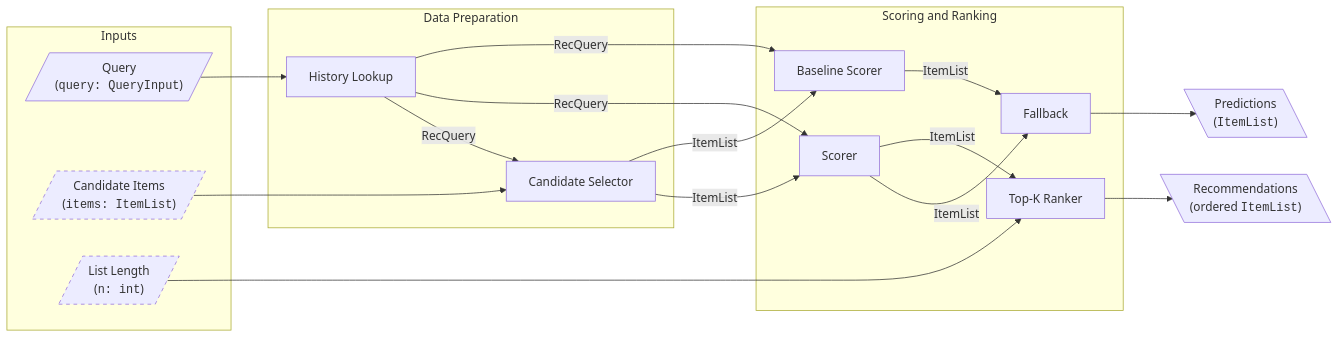
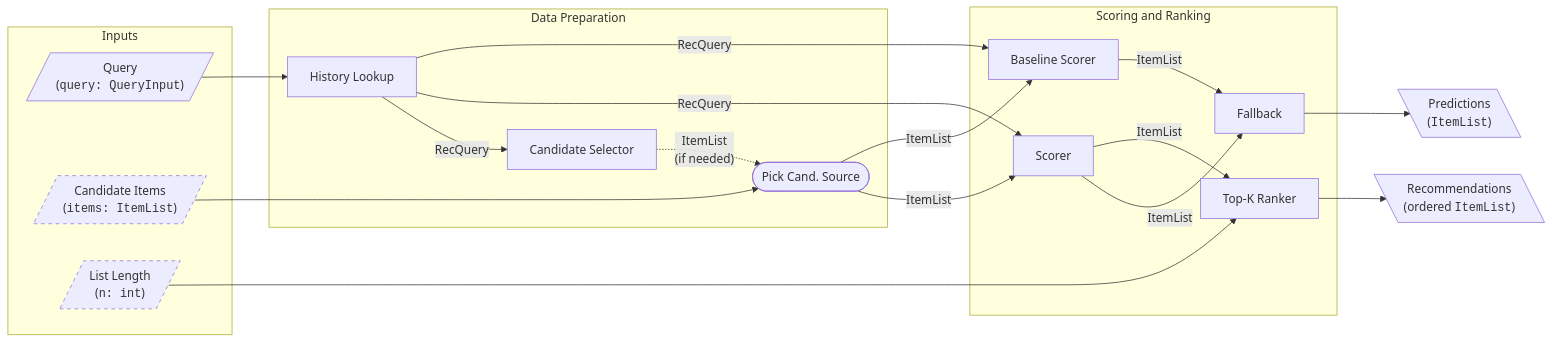
Before and after one commit to lenskit/lkpy: the diagram in docs/guide/std-pred-pipeline.mmd, drawn with Mermaid. The commit also changed 4 other files, not shown here.

Commit message:
clean up figure display

```diff
--- a/docs/guide/std-pred-pipeline.mmd
+++ b/docs/guide/std-pred-pipeline.mmd
@@ -1,41 +1,47 @@
+---
+config:
+    fontFamily: '"Source Sans 3", Verdana, Helvetica, Arial, sans-serif'
+---
 flowchart LR
     subgraph input["Inputs"]
     QUERY[/"Query<br>(<tt>query: QueryInput</tt>)"/]
     ITEMS[/"Candidate Items<br>(<tt>items: ItemList</tt>)"/]
     N[/"List Length<br>(<tt>n: int</tt>)"/]
     class ITEMS optional;
     class N optional;
     end
 
     subgraph prep["Data Preparation"]
     HLOOK["History Lookup"]
     CSEL["Candidate Selector"]
+    CPICK(["Pick Cand. Source"])
     end
 
     subgraph rank["Scoring and Ranking"]
     SCORE["Scorer"]
     FALLBACK["Baseline Scorer"]
     FILL["Fallback"]
     RANK["Top-K Ranker"]
     end
 
     RESULT[\"Recommendations<br>(ordered <tt>ItemList</tt>)"\]
     PREDS[\"Predictions<br>(<tt>ItemList</tt>)"\]
 
     QUERY --> HLOOK
     HLOOK -- RecQuery --> CSEL
-    ITEMS --> CSEL
+    ITEMS --> CPICK
+    CSEL -.->|"ItemList<br>(if needed)"| CPICK
 
     HLOOK -- RecQuery --> SCORE
-    CSEL -- ItemList --> SCORE
+    CPICK -- ItemList --> SCORE
     HLOOK -- RecQuery --> FALLBACK
-    CSEL -- ItemList --> FALLBACK
+    CPICK -- ItemList --> FALLBACK
     SCORE -- ItemList --> FILL
     FALLBACK -- ItemList --> FILL
     SCORE -- ItemList --> RANK
     N --> RANK
 
     RANK --> RESULT
     FILL --> PREDS
 
     classDef optional stroke-dasharray: 5 5;
```
